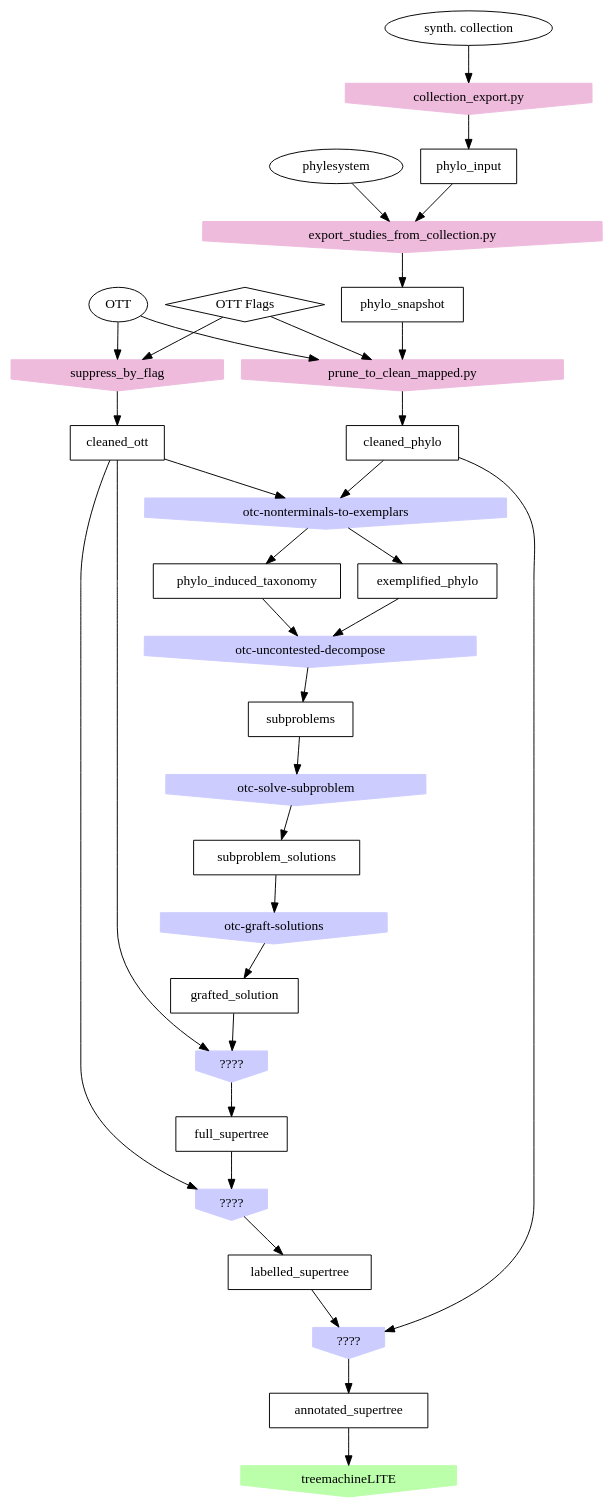
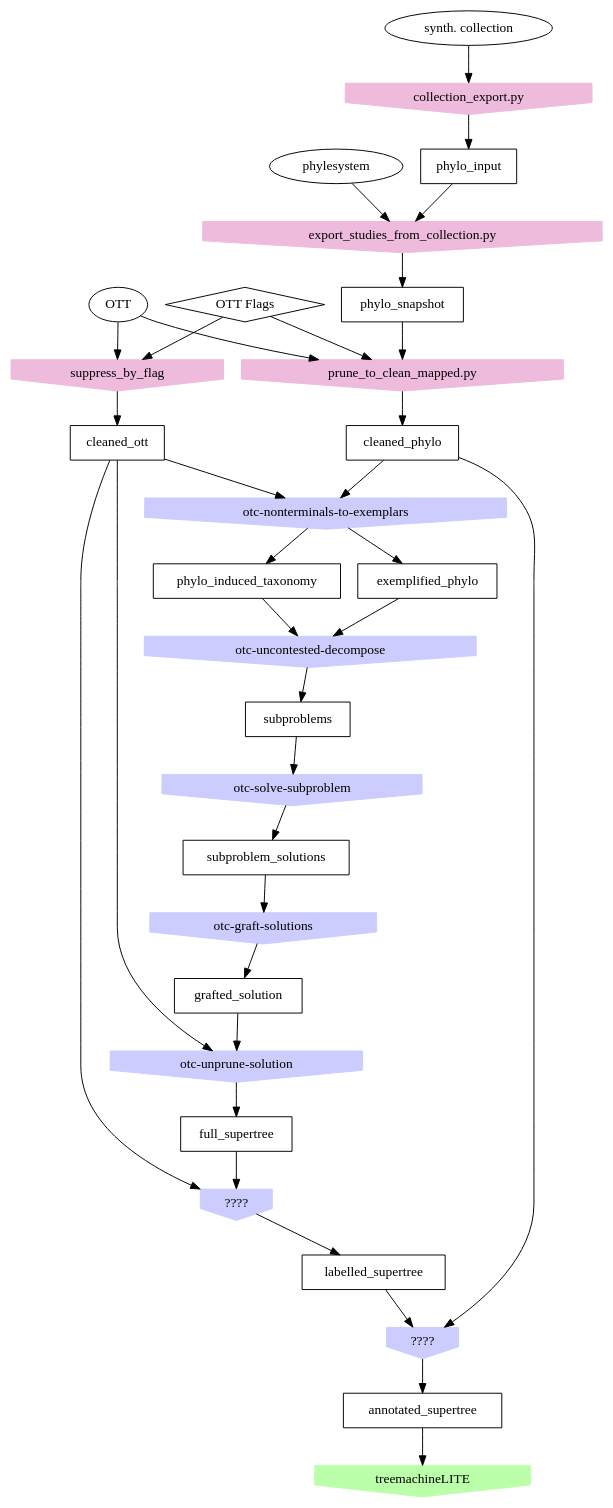
One commit to OpenTreeOfLife/propinquity changed the diagram in doc/pipeline-tools.dot. Above: the diagram before and after it, drawn with Graphviz. The commit also changed 1 other file, not shown here.

Commit message:
Mention command line for otc-unprune-solution.

```diff
--- a/doc/pipeline-tools.dot
+++ b/doc/pipeline-tools.dot
@@ -1,78 +1,78 @@
 digraph P {
     ottflags [shape=diamond label="OTT Flags"];
     ott [shape=oval label="OTT"];
     phylesystem [shape=oval label="phylesystem"];
     synthcoll [shape=oval label="synth. collection"];
 
     cleanedotttool [shape=invhouse label="suppress_by_flag", style=filled, color="#EEBBDD"];
     cleanedott [shape=box label="cleaned_ott"];
     ott -> cleanedotttool ;
     ottflags -> cleanedotttool;
     cleanedotttool ->cleanedott;
 
     phyloinputtool [shape=invhouse label="collection_export.py", style=filled, color="#EEBBDD"];
     phyloinput [shape=box label="phylo_input"];
     synthcoll -> phyloinputtool ;
     phyloinputtool -> phyloinput;
 
     phylosnapshottool [shape=invhouse label="export_studies_from_collection.py", style=filled, color="#EEBBDD"];
     phylosnapshot [shape=box label="phylo_snapshot"];
     phyloinput -> phylosnapshottool ;
     phylesystem -> phylosnapshottool ;
     phylosnapshottool ->phylosnapshot;
 
     cleanedphylotool [shape=invhouse label="prune_to_clean_mapped.py", style=filled, color="#EEBBDD"];
     cleanedphylo [shape=box label="cleaned_phylo"];
     phylosnapshot -> cleanedphylotool ;
     ottflags -> cleanedphylotool ;
     ott -> cleanedphylotool ;
     cleanedphylotool -> cleanedphylo;
 
     phyloinducedtaxonomytool [shape=invhouse label="otc-nonterminals-to-exemplars" style=filled color="#CCCCFF"];
     phyloinducedtaxonomy [shape=box label="phylo_induced_taxonomy"];
     exemplifiedphylo [shape=box label="exemplified_phylo"];
     cleanedphylo -> phyloinducedtaxonomytool;
     cleanedott -> phyloinducedtaxonomytool;
     phyloinducedtaxonomytool -> phyloinducedtaxonomy;
     phyloinducedtaxonomytool -> exemplifiedphylo;
 
 
 
     subproblemstool [shape=invhouse label="otc-uncontested-decompose" style=filled color="#CCCCFF"];
     subproblems [shape=box label="subproblems"];
     phyloinducedtaxonomy -> subproblemstool;
     exemplifiedphylo -> subproblemstool;
     subproblemstool -> subproblems;
 
     subproblemsolntool [shape=invhouse label="otc-solve-subproblem" style=filled color="#CCCCFF"];
     subproblemsoln [shape=box label="subproblem_solutions"];
     subproblems -> subproblemsolntool;
     subproblemsolntool -> subproblemsoln;
 
     graftedsolntool [shape=invhouse label="otc-graft-solutions" style=filled color="#CCCCFF"];
     graftedsoln [shape=box label="grafted_solution"];
     subproblemsoln -> graftedsolntool;
     graftedsolntool -> graftedsoln;
 
-    supertreetopotool [shape=invhouse label="????" style=filled color="#CCCCFF"];
+    supertreetopotool [shape=invhouse label="otc-unprune-solution" style=filled color="#CCCCFF"];
     supertreetopo [shape=box label="full_supertree"];
     graftedsoln -> supertreetopotool;
     cleanedott -> supertreetopotool;
     supertreetopotool -> supertreetopo;
 
     taxolabelledsupertreetool [shape=invhouse label="????" style=filled color="#CCCCFF"];
     taxolabelledsupertree [shape=box label="labelled_supertree"];
     cleanedott -> taxolabelledsupertreetool;
     supertreetopo -> taxolabelledsupertreetool;
     taxolabelledsupertreetool -> taxolabelledsupertree;
 
     supertreewithsupporttool [shape=invhouse label="????" style=filled color="#CCCCFF"];
     supertreewithsupport [shape=box label="annotated_supertree"];
     taxolabelledsupertree -> supertreewithsupporttool;
     cleanedphylo -> supertreewithsupporttool;
     supertreewithsupporttool -> supertreewithsupport;
 
     treemachineLite [shape=invhouse label="treemachineLITE" style=filled color="#BBFFAA"];
     supertreewithsupport -> treemachineLite;
 
 }
```
